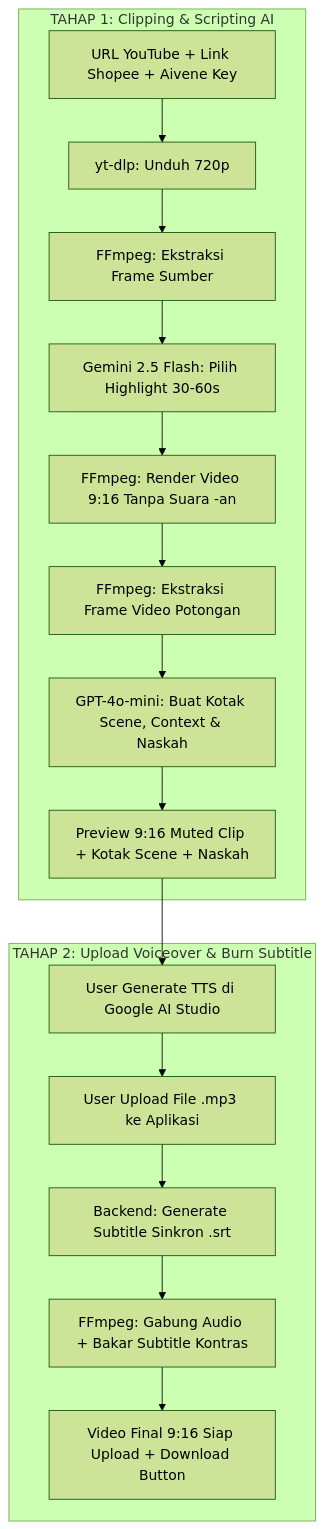
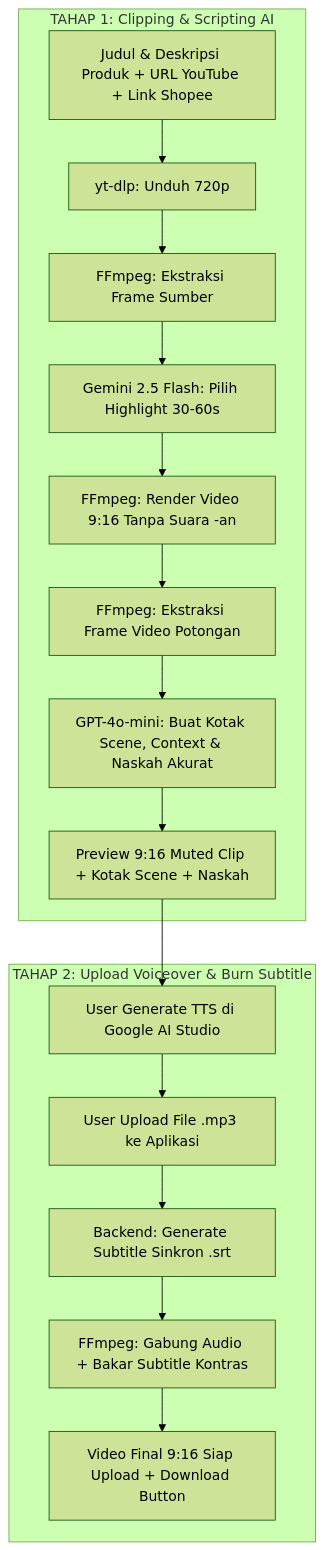
Before and after one commit to Zozodoank/clipper: the diagram in README.md, drawn with Mermaid (forest theme). The commit also changed other lines of this file and 4 other files, not shown here.

Commit message:
feat: add product title and description input fields for precise GPT-4o-mini voiceover scripting

````diff
--- a/README.md
+++ b/README.md
@@ -11,20 +11,20 @@
 ```mermaid
 flowchart TD
     subgraph TAHAP 1: Clipping & Scripting AI
-        A[URL YouTube + Link Shopee + Aivene Key] --> B[yt-dlp: Unduh 720p]
+        A[Judul & Deskripsi Produk + URL YouTube + Link Shopee] --> B[yt-dlp: Unduh 720p]
         B --> C[FFmpeg: Ekstraksi Frame Sumber]
         C --> D[Gemini 2.5 Flash: Pilih Highlight 30-60s]
         D --> E[FFmpeg: Render Video 9:16 Tanpa Suara -an]
         E --> F[FFmpeg: Ekstraksi Frame Video Potongan]
-        F --> G[GPT-4o-mini: Buat Kotak Scene, Context & Naskah]
+        F --> G[GPT-4o-mini: Buat Kotak Scene, Context & Naskah Akurat]
         G --> H[Preview 9:16 Muted Clip + Kotak Scene + Naskah]
     end
 
     subgraph TAHAP 2: Upload Voiceover & Burn Subtitle
         H --> I[User Generate TTS di Google AI Studio]
         I --> J[User Upload File .mp3 ke Aplikasi]
         J --> K[Backend: Generate Subtitle Sinkron .srt]
         K --> L[FFmpeg: Gabung Audio + Bakar Subtitle Kontras]
         L --> M[Video Final 9:16 Siap Upload + Download Button]
     end
 ```
````
